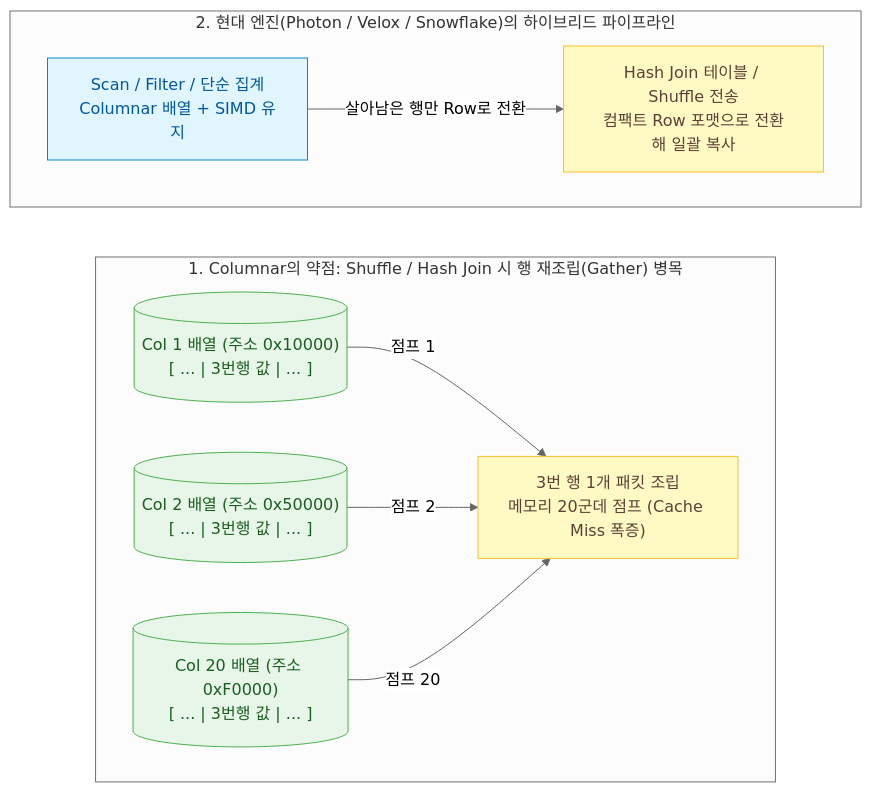
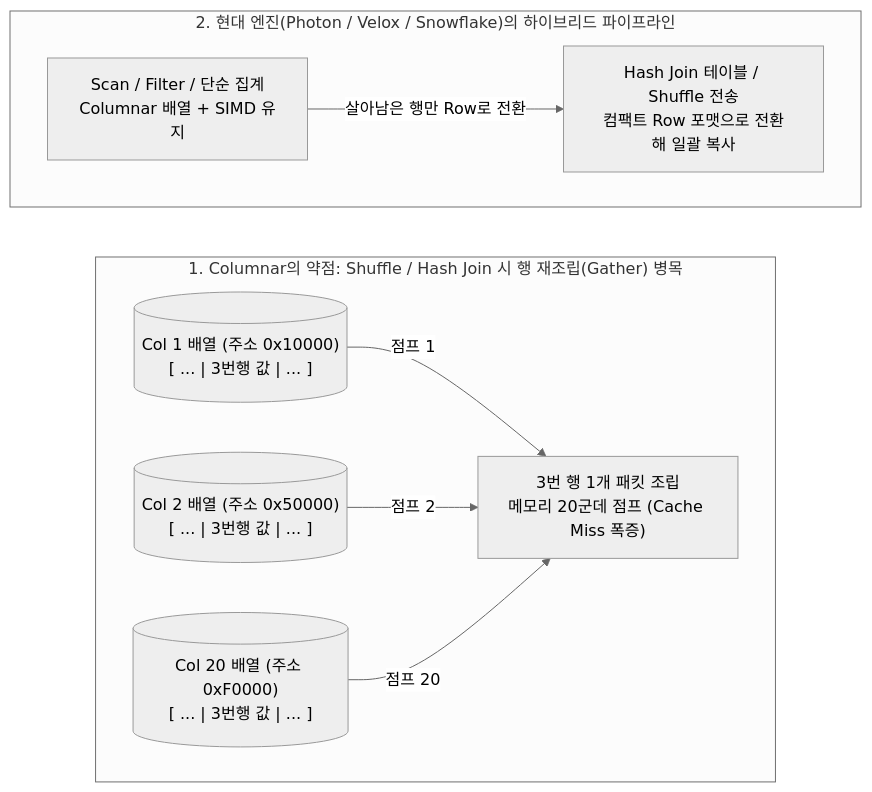
One commit to djpibo/djpibo.github.io changed the tenth of 11 diagrams in docs/dbms/distributed/mapreduce-spark-and-distributed-db-internals.md. Above: the diagram before and after it, drawn with Mermaid (neutral theme). The commit also changed other lines of this file and 8 other files, not shown here.

Commit message:
style(mermaid): unify all diagrams to monochrome and remove colored rect boxes

````diff
--- a/docs/dbms/distributed/mapreduce-spark-and-distributed-db-internals.md
+++ b/docs/dbms/distributed/mapreduce-spark-and-distributed-db-internals.md
@@ -541,24 +510,21 @@
 ```mermaid
 flowchart LR
-    classDef storage fill:#E8F5E9,stroke:#4CAF50,color:#1B5E20;
-    classDef process fill:#FFF9C4,stroke:#FBC02D,color:#5D4037;
-    classDef cloud fill:#E1F5FE,stroke:#0288D1,color:#01579B;
 
     subgraph COL_GATHER ["1. Columnar의 약점: Shuffle / Hash Join 시 행 재조립(Gather) 병목"]
         direction LR
-        CA1[("Col 1 배열 (주소 0x10000)<br/>[ ... | 3번행 값 | ... ]")]:::storage
-        CA2[("Col 2 배열 (주소 0x50000)<br/>[ ... | 3번행 값 | ... ]")]:::storage
-        CA20[("Col 20 배열 (주소 0xF0000)<br/>[ ... | 3번행 값 | ... ]")]:::storage
-        RECON["3번 행 1개 패킷 조립<br/>메모리 20군데 점프 (Cache Miss 폭증)"]:::process
+        CA1[("Col 1 배열 (주소 0x10000)<br/>[ ... | 3번행 값 | ... ]")]
+        CA2[("Col 2 배열 (주소 0x50000)<br/>[ ... | 3번행 값 | ... ]")]
+        CA20[("Col 20 배열 (주소 0xF0000)<br/>[ ... | 3번행 값 | ... ]")]
+        RECON["3번 행 1개 패킷 조립<br/>메모리 20군데 점프 (Cache Miss 폭증)"]
         CA1 -->|"점프 1"| RECON
         CA2 -->|"점프 2"| RECON
         CA20 -->|"점프 20"| RECON
     end
 
     subgraph HYBRID_PIPE ["2. 현대 엔진(Photon / Velox / Snowflake)의 하이브리드 파이프라인"]
         direction LR
-        SCAN_FILT["Scan / Filter / 단순 집계<br/>Columnar 배열 + SIMD 유지"]:::cloud
-        JOIN_SHUF["Hash Join 테이블 / Shuffle 전송<br/>컴팩트 Row 포맷으로 전환해 일괄 복사"]:::process
+        SCAN_FILT["Scan / Filter / 단순 집계<br/>Columnar 배열 + SIMD 유지"]
+        JOIN_SHUF["Hash Join 테이블 / Shuffle 전송<br/>컴팩트 Row 포맷으로 전환해 일괄 복사"]
         SCAN_FILT -->|"살아남은 행만 Row로 전환"| JOIN_SHUF
     end
 ```
````
